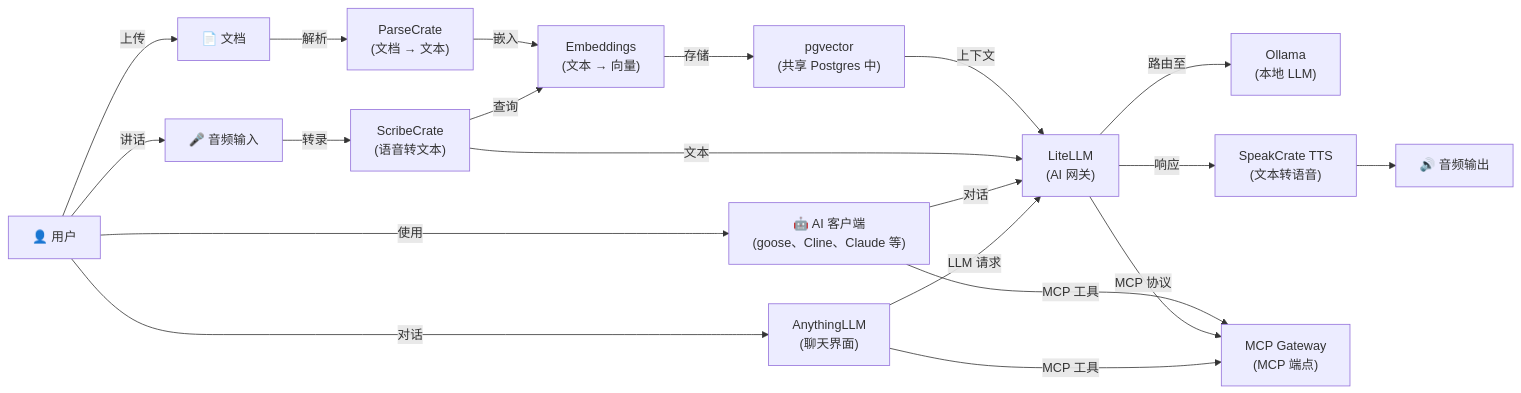
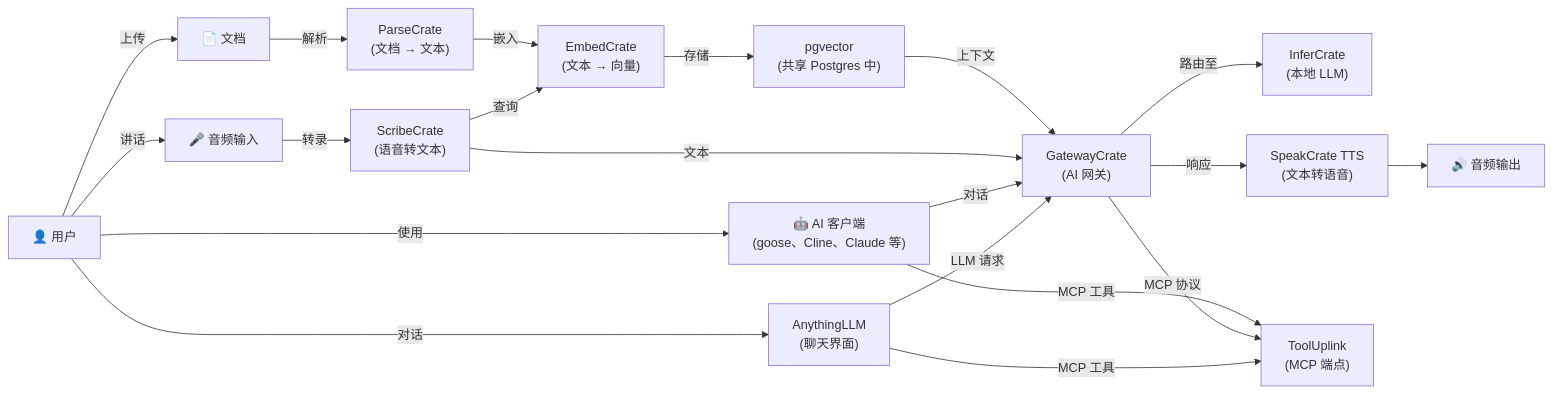
One commit to hwdsl2/self-hosted-ai-stack changed the diagram in README-zh.md. Above: the diagram before and after it, drawn with Mermaid. The commit also changed other lines of this file and 47 other files, not shown here.

````diff
--- a/README-zh.md
+++ b/README-zh.md
@@ -188,22 +188,22 @@
 ```mermaid
 graph LR
     A["🎤 音频输入"] -->|转录| W["ScribeCrate<br/>(语音转文本)"]
     D["📄 文档"] -->|解析| DC["ParseCrate<br/>(文档 → 文本)"]
-    DC -->|嵌入| E["Embeddings<br/>(文本 → 向量)"]
+    DC -->|嵌入| E["EmbedCrate<br/>(文本 → 向量)"]
     E -->|存储| VDB["pgvector<br/>(共享 Postgres 中)"]
     W -->|查询| E
-    VDB -->|上下文| L["LiteLLM<br/>(AI 网关)"]
+    VDB -->|上下文| L["GatewayCrate<br/>(AI 网关)"]
     W -->|文本| L
-    L -->|路由至| O["Ollama<br/>(本地 LLM)"]
+    L -->|路由至| O["InferCrate<br/>(本地 LLM)"]
     L -->|响应| T["SpeakCrate TTS<br/>(文本转语音)"]
     T --> B["🔊 音频输出"]
-    C["🤖 AI 客户端<br/>(goose、Cline、Claude 等)"] -->|MCP 工具| M["MCP Gateway<br/>(MCP 端点)"]
+    C["🤖 AI 客户端<br/>(goose、Cline、Claude 等)"] -->|MCP 工具| M["ToolUplink<br/>(MCP 端点)"]
     C -->|对话| L
     L -->|MCP 协议| M
     U["👤 用户"] -->|对话| AN["AnythingLLM<br/>(聊天界面)"]
     AN -->|LLM 请求| L
     AN -->|MCP 工具| M
     U -->|使用| C
     U -->|讲话| A
     U -->|上传| D
 ```
````
